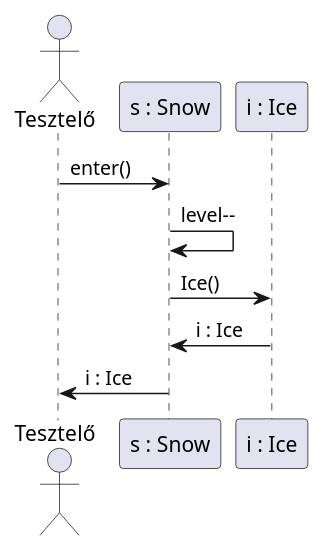
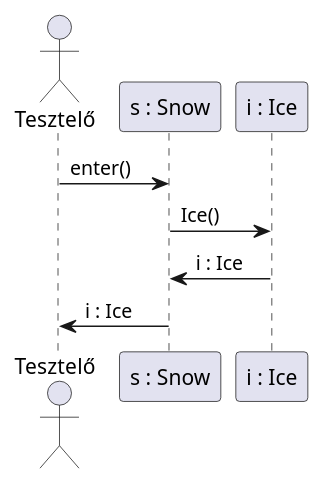
Before and after one commit to uhrinandor/spring: the diagram in docs/szkeleton/sequence/CompactedSnowEnter.plantuml, drawn with PlantUML. The commit also changed 5 other files, not shown here.

```diff
--- a/docs/szkeleton/sequence/CompactedSnowEnter.plantuml
+++ b/docs/szkeleton/sequence/CompactedSnowEnter.plantuml
@@ -1,13 +1,12 @@
 @startuml
 
 actor Tesztelő as a1
 participant "s : Snow" as p1
 participant "i : Ice" as p2
 
 a1 -> p1 : enter()
-p1 -> p1 : level--
 p1 -> p2 : Ice()
 p2 -> p1 : i : Ice
 p1 -> a1 : i : Ice
 
 @enduml
```
